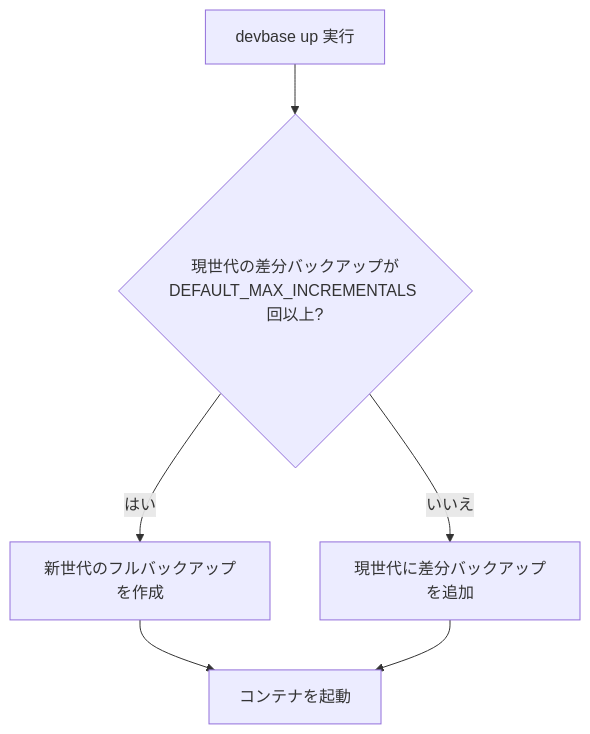
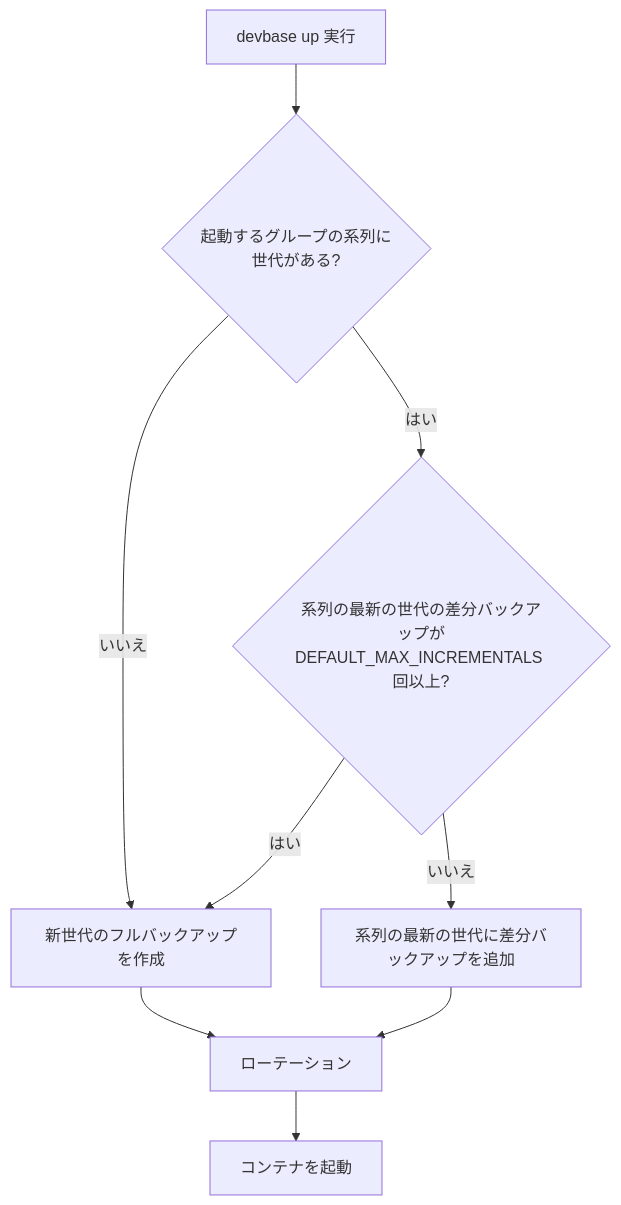
Before and after one commit to devbasex/devbase: the third of 5 diagrams in docs/user/snapshot-guide.md, drawn with Mermaid. The commit also changed other lines of this file and 14 other files, not shown here.

````diff
--- a/docs/user/snapshot-guide.md
+++ b/docs/user/snapshot-guide.md
@@ -92,8 +113,11 @@
 ```mermaid
 flowchart TD
-    A[devbase up 実行] --> B{現世代の差分バックアップが<br/>DEFAULT_MAX_INCREMENTALS 回以上?}
-    B -->|はい| C[新世代のフルバックアップを作成]
-    B -->|いいえ| D[現世代に差分バックアップを追加]
-    C --> E[コンテナを起動]
-    D --> E
+    A[devbase up 実行] --> S{起動するグループの系列に<br/>世代がある?}
+    S -->|いいえ| C[新世代のフルバックアップを作成]
+    S -->|はい| B{系列の最新の世代の差分バックアップが<br/>DEFAULT_MAX_INCREMENTALS 回以上?}
+    B -->|はい| C
+    B -->|いいえ| D[系列の最新の世代に差分バックアップを追加]
+    C --> R[ローテーション]
+    D --> R
+    R --> E[コンテナを起動]
 ```
````
